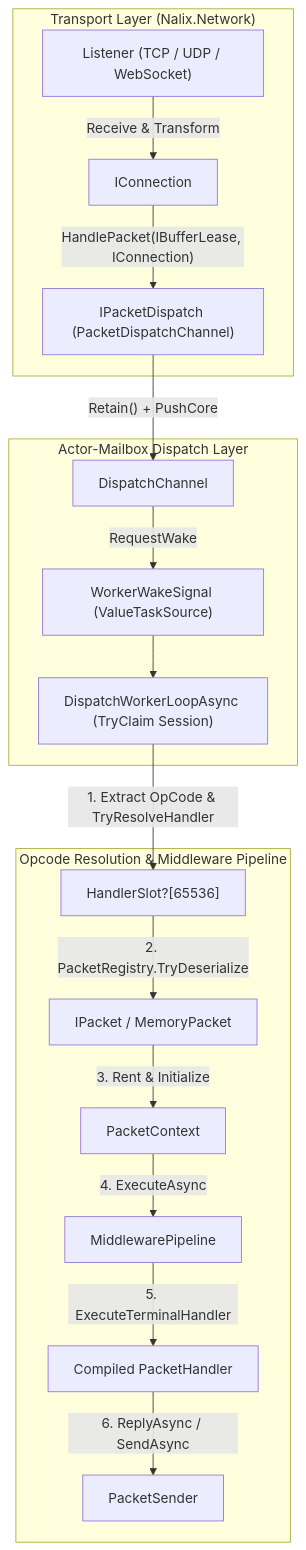
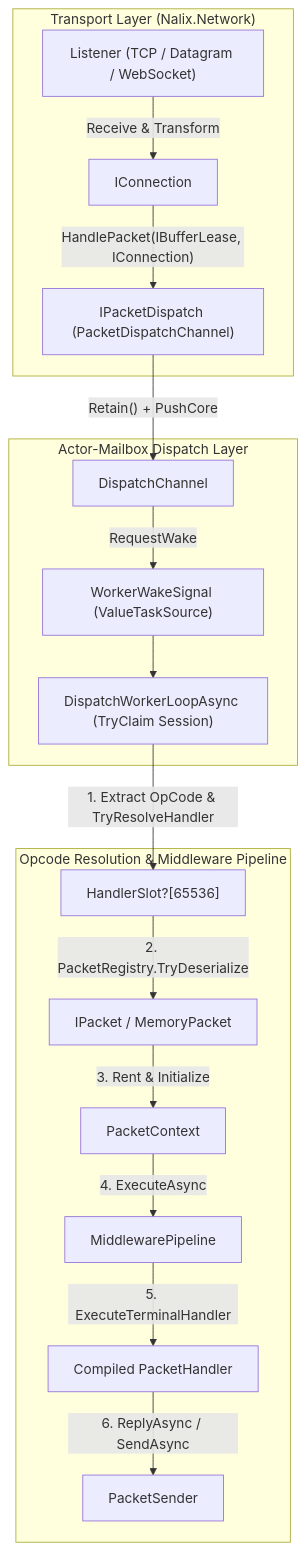
The diagram in src/content/docs/en-us/api/runtime/index.md (ppn-systems/nalix-docs), drawn with Mermaid before and after one commit. The commit also changed other lines of this file and 257 other files, not shown here.

````diff
--- a/src/content/docs/en-us/api/runtime/index.md
+++ b/src/content/docs/en-us/api/runtime/index.md
@@ -15,22 +15,22 @@
 ```mermaid
 flowchart TD
     subgraph Network["Transport Layer (Nalix.Network)"]
-        L["Listener (TCP / UDP / WebSocket)"] -->|Receive & Transform| C["IConnection"]
+        L["Listener (TCP / Datagram / WebSocket)"] -->|Receive & Transform| C["IConnection"]
         C -->|"HandlePacket(IBufferLease, IConnection)"| D["IPacketDispatch (PacketDispatchChannel)"]
     end
 
     subgraph Channel["Actor-Mailbox Dispatch Layer"]
         D -->|"Retain() + PushCore"| Q["DispatchChannel<IPacket>"]
         Q -->|RequestWake| Wake["WorkerWakeSignal (ValueTaskSource)"]
         Wake --> WL["DispatchWorkerLoopAsync (TryClaim Session)"]
     end
 
     subgraph Pipeline["Opcode Resolution & Middleware Pipeline"]
         WL -->|"1. Extract OpCode & TryResolveHandler"| HSlot["HandlerSlot?[65536]"]
         HSlot -->|"2. PacketRegistry.TryDeserialize"| Des["IPacket / MemoryPacket"]
         Des -->|"3. Rent & Initialize"| Ctx["PacketContext<IPacket>"]
         Ctx -->|"4. ExecuteAsync"| PM["MiddlewarePipeline<IPacket>"]
         PM -->|"5. ExecuteTerminalHandler"| H["Compiled PacketHandler<IPacket>"]
         H -->|"6. ReplyAsync / SendAsync"| Snd["PacketSender"]
     end
 ```
````
